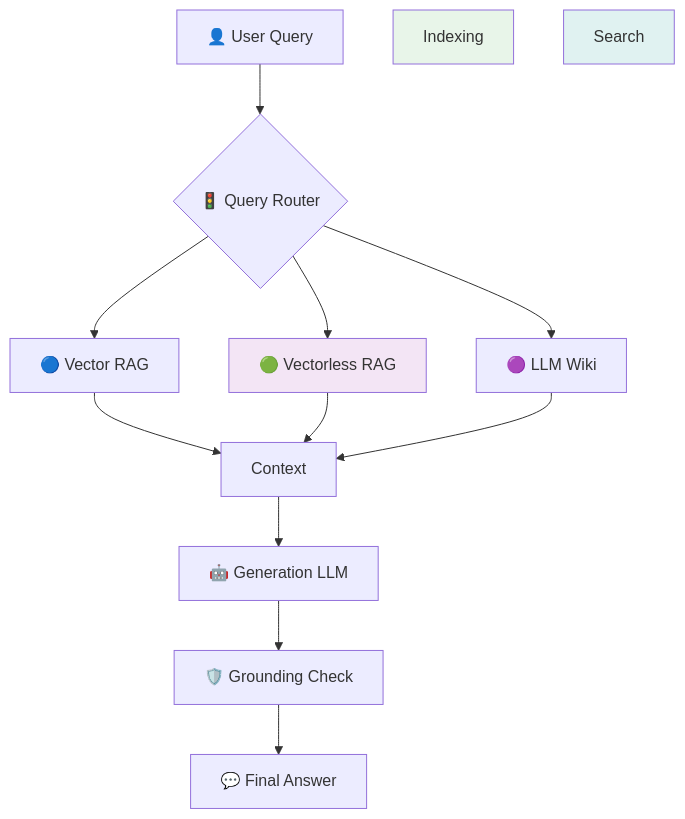
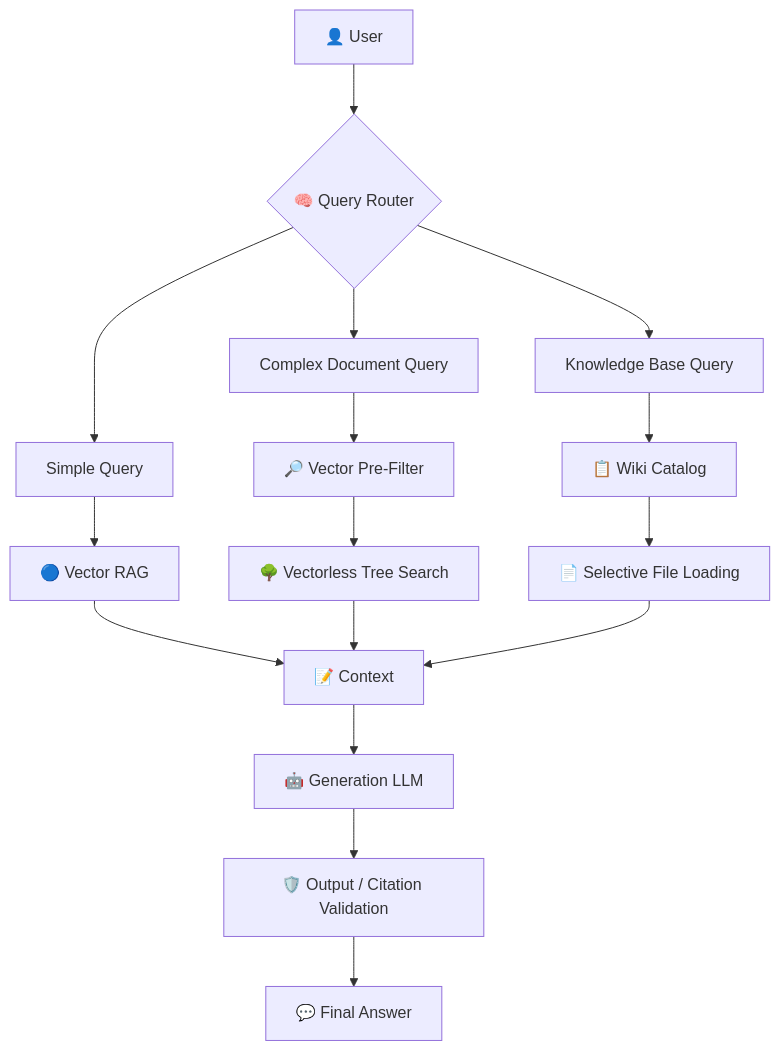
Before and after one commit to Amie-dev/FDE-and-GenAI-Mastery: diagram 11 of 14 in Lecture 18 - Vectorless RAG and LLM Wiki/notes/Lecture_18_Complete_Notes.md, drawn with Mermaid. The commit also changed other lines of this file and 7 other files, not shown here.

First line of the commit message:
Enhance documentation on Vectorless RAG and LLM Wiki architectures

````diff
--- a/Lecture 18 - Vectorless RAG and LLM Wiki/notes/Lecture_18_Complete_Notes.md
+++ b/Lecture 18 - Vectorless RAG and LLM Wiki/notes/Lecture_18_Complete_Notes.md
@@ -243,19 +599,19 @@
 ```mermaid
-graph TD
-    U[👤 User Query] --> Router{🚦 Query Router}
-    Router --> Vector[🔵 Vector RAG]
-    Router --> Tree[🟢 Vectorless RAG]
-    Router --> Wiki[🟣 LLM Wiki]
-    
-    Vector --> Context
-    Tree --> Context
-    Wiki --> Context
-    
-    Context --> Generation[🤖 Generation LLM]
-    Generation --> Validation[🛡️ Grounding Check]
-    Validation --> Response[💬 Final Answer]
-    
-    style Indexing fill:#E8F5E9
-    style Tree fill:#F3E5F5
-    style Search fill:#E0F2F1
+flowchart TD
+    USER["👤 User"]
+    USER --> ROUTER{"🧠 Query Router"}
+    ROUTER --> SIMPLE["Simple Query"]
+    ROUTER --> COMPLEX["Complex Document Query"]
+    ROUTER --> WIKIQUERY["Knowledge Base Query"]
+    SIMPLE --> VECTOR["🔵 Vector RAG"]
+    COMPLEX --> PREFILTER["🔎 Vector Pre-Filter"]
+    PREFILTER --> TREE["🌳 Vectorless Tree Search"]
+    WIKIQUERY --> CATALOG["📋 Wiki Catalog"]
+    CATALOG --> FILES["📄 Selective File Loading"]
+    VECTOR --> CONTEXT["📝 Context"]
+    TREE --> CONTEXT
+    FILES --> CONTEXT
+    CONTEXT --> LLM["🤖 Generation LLM"]
+    LLM --> GUARD["🛡️ Output / Citation Validation"]
+    GUARD --> ANSWER["💬 Final Answer"]
 ```
````
